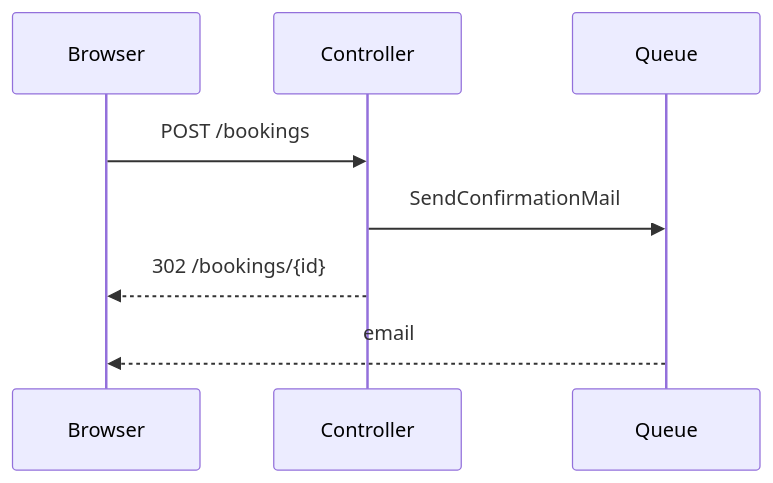
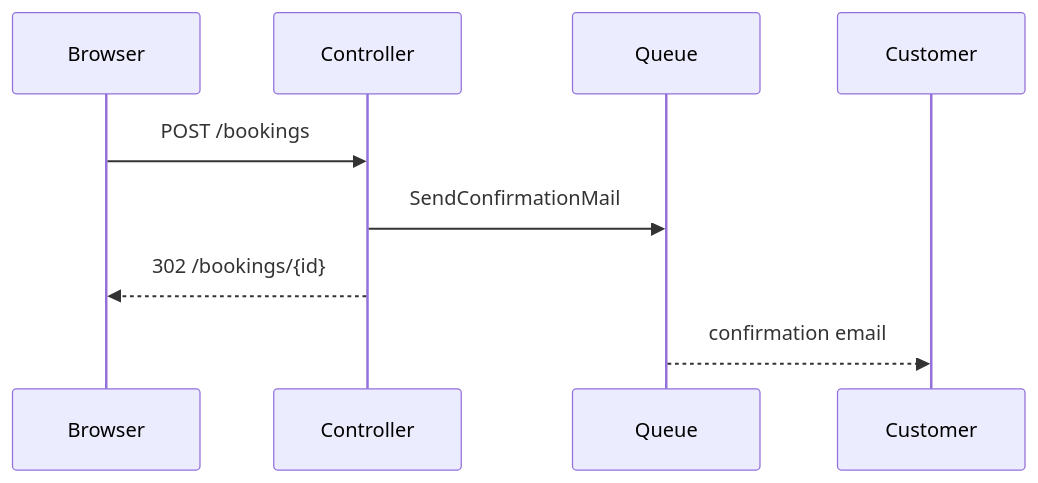
One commit to yusufkaracaburun/ai-kit changed the diagram in workflow/skills/show-me/SKILL.md. Above: the diagram before and after it, drawn with Mermaid. The commit also changed other lines of this file and 2 other files, not shown here.

````diff
--- a/workflow/skills/show-me/SKILL.md
+++ b/workflow/skills/show-me/SKILL.md
@@ -106,10 +106,11 @@
 ```mermaid
 sequenceDiagram
     participant Browser
     participant Controller
     participant Queue
+    participant Customer
     Browser->>Controller: POST /bookings
     Controller->>Queue: SendConfirmationMail
     Controller-->>Browser: 302 /bookings/{id}
-    Queue-->>Browser: email
+    Queue-->>Customer: confirmation email
 ```
````
